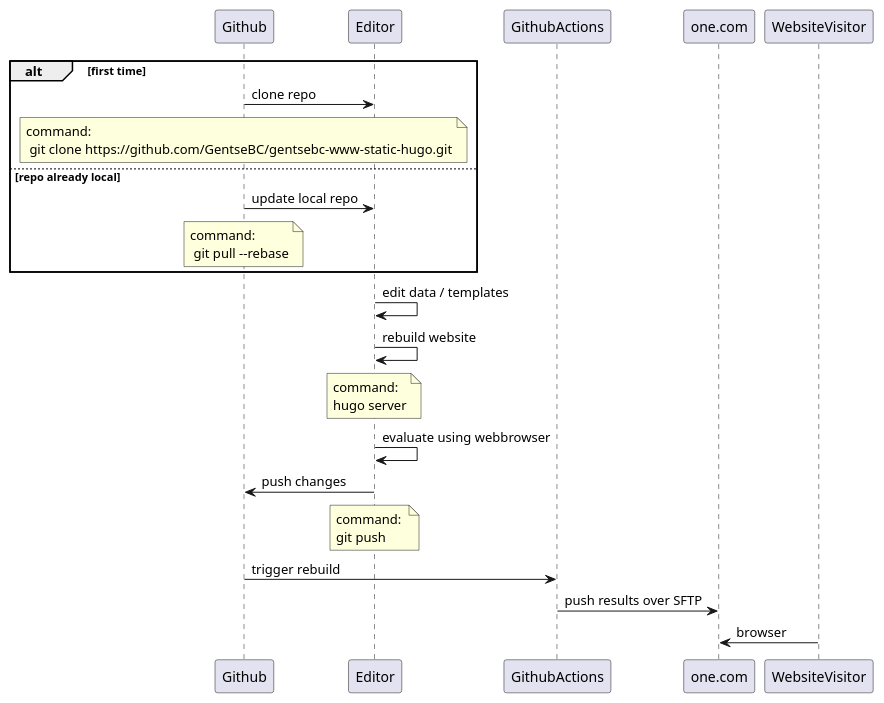
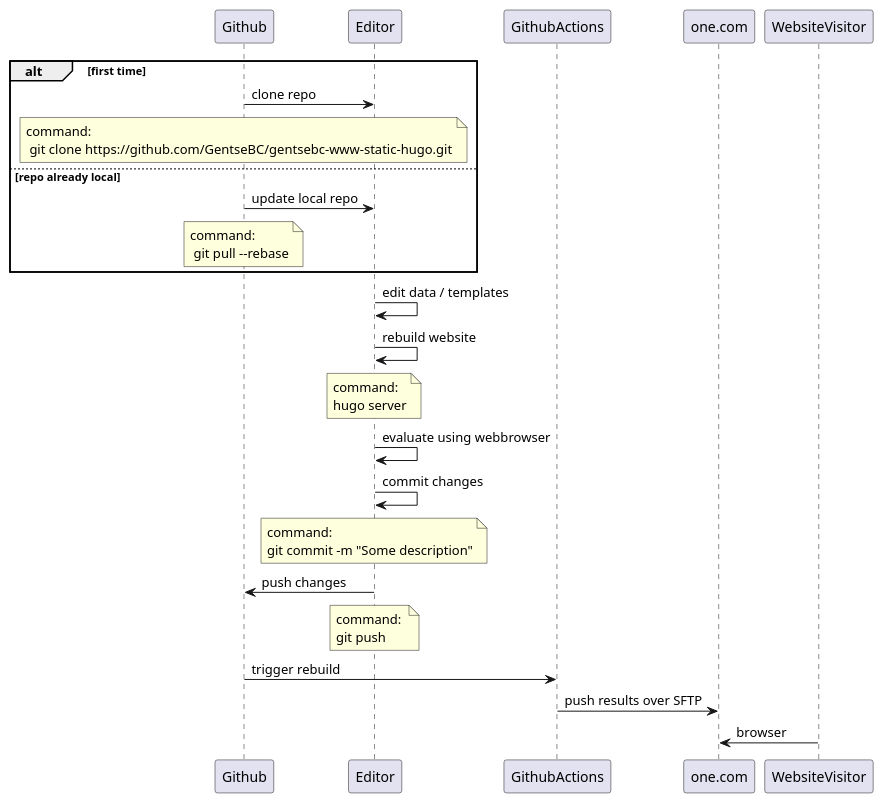
One commit to GentseBC/gentsebc-www-static-hugo changed the diagram in documentation/edit_process.puml. Above: the diagram before and after it, drawn with PlantUML. The commit also changed 1 other file, not shown here.

Commit message:
Add git commit to docu

```diff
--- a/documentation/edit_process.puml
+++ b/documentation/edit_process.puml
@@ -1,18 +1,20 @@
 @startuml
 alt first time
 Github -> Editor: clone repo
 note over Github: command: \n git clone https://github.com/GentseBC/gentsebc-www-static-hugo.git
 else repo already local
 Github -> Editor: update local repo
 note over Github: command: \n git pull --rebase
 end
 Editor -> Editor: edit data / templates
 Editor -> Editor: rebuild website
 note over Editor: command: \nhugo server
 Editor -> Editor: evaluate using webbrowser
+Editor -> Editor: commit changes
+note over Editor: command: \ngit commit -m "Some description"
 Editor -> Github: push changes
 note over Editor: command: \ngit push
 Github -> GithubActions: trigger rebuild
 GithubActions -> one.com: push results over SFTP
 WebsiteVisitor -> one.com: browser
 @enduml
```
